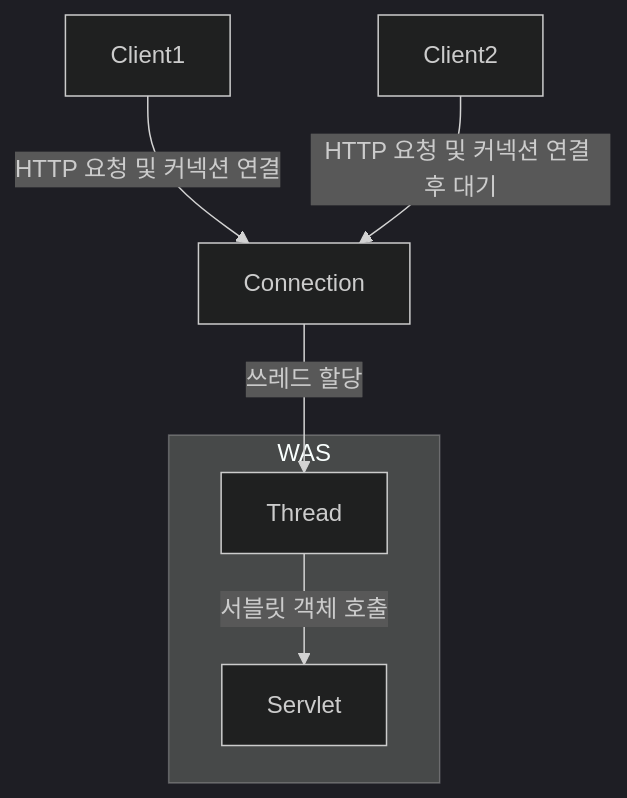
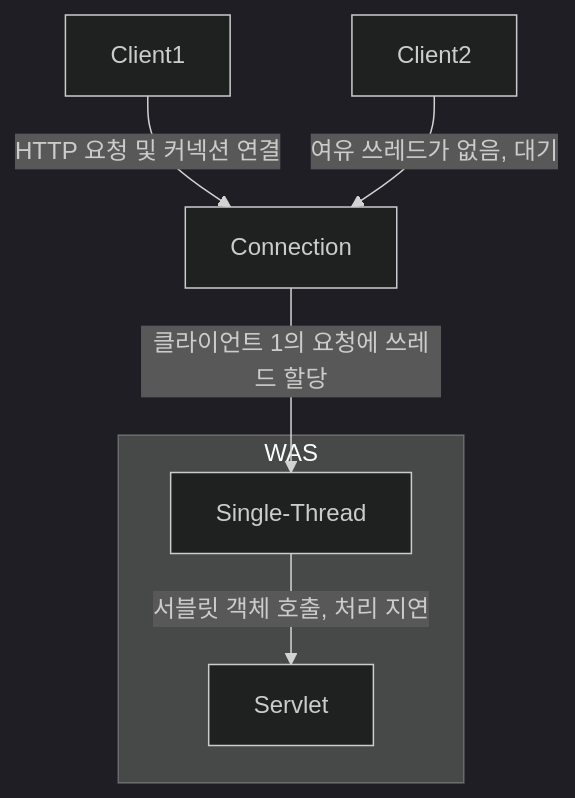
The second of 2 diagrams in content/Resources/프로그래밍/Java/3. Spring/2. MVC 1편/웹 서버와 웹 어플리케이션 서버.md (choiexe1/blog), drawn with Mermaid (dark theme) before and after one commit. The commit also changed other lines of this file and 1 other file, not shown here.

````diff
--- a/content/Resources/프로그래밍/Java/3. Spring/2. MVC 1편/웹 서버와 웹 어플리케이션 서버.md
+++ b/content/Resources/프로그래밍/Java/3. Spring/2. MVC 1편/웹 서버와 웹 어플리케이션 서버.md
@@ -130,14 +130,14 @@
 ```mermaid
 graph TB
 subgraph WAS
 Servlet
-Thread
+Single-Thread
 end
 
 Connection
-Client1 -->|HTTP 요청 및 커넥션 연결| Connection --> |쓰레드 할당| Thread --> |서블릿 객체 호출| Servlet
+Client1 -->|HTTP 요청 및 커넥션 연결| Connection --> |클라이언트 1의 요청에 쓰레드 할당| Single-Thread --> |서블릿 객체 호출, 처리 지연| Servlet
 
-Client2 -->|HTTP 요청 및 커넥션 연결 후 대기| Connection
+Client2 -->|여유 쓰레드가 없음, 대기| Connection
 
 
 ```
````
